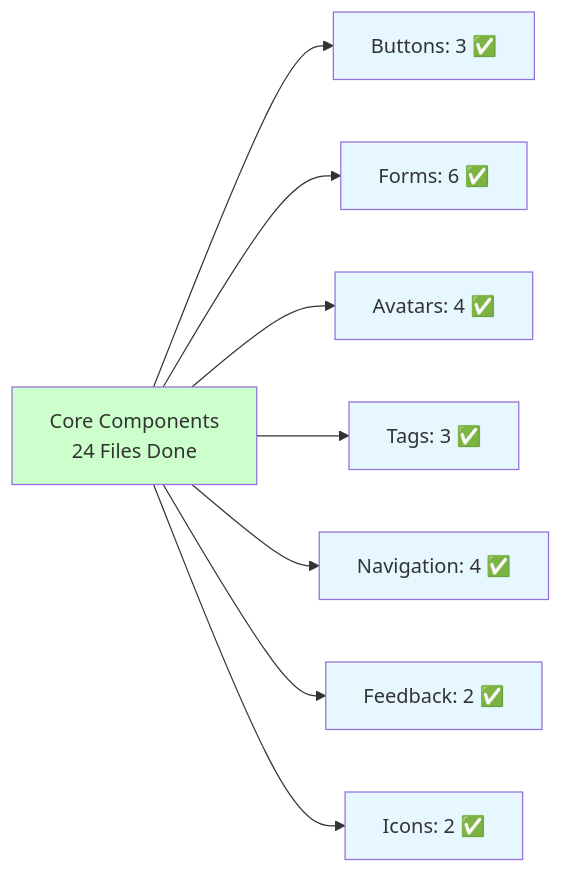
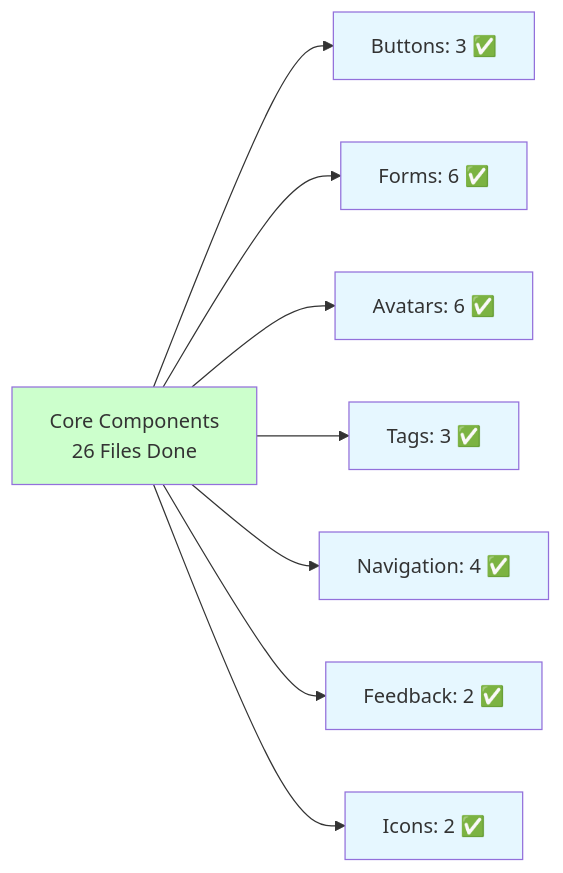
The third of 3 diagrams in PROJECT_STATUS_TRACKER.md (thisisashwinks/HighRise-Tokens), drawn with Mermaid before and after one commit. The commit also changed other lines of this file and 7 other files, not shown here.

````diff
--- a/PROJECT_STATUS_TRACKER.md
+++ b/PROJECT_STATUS_TRACKER.md
@@ -341,19 +343,19 @@
 ```mermaid
 flowchart LR
-    A[Core Components<br/>24 Files Done] --> B[Buttons: 3 ✅]
+    A[Core Components<br/>26 Files Done] --> B[Buttons: 3 ✅]
     A --> C[Forms: 6 ✅]
-    A --> D[Avatars: 4 ✅]
+    A --> D[Avatars: 6 ✅]
     A --> E[Tags: 3 ✅]
     A --> F[Navigation: 4 ✅]
     A --> G[Feedback: 2 ✅]
     A --> H[Icons: 2 ✅]
     
     style A fill:#ccffcc
     style B fill:#e6f7ff
     style C fill:#e6f7ff
     style D fill:#e6f7ff
     style E fill:#e6f7ff
     style F fill:#e6f7ff
     style G fill:#e6f7ff
     style H fill:#e6f7ff
 ```
````
